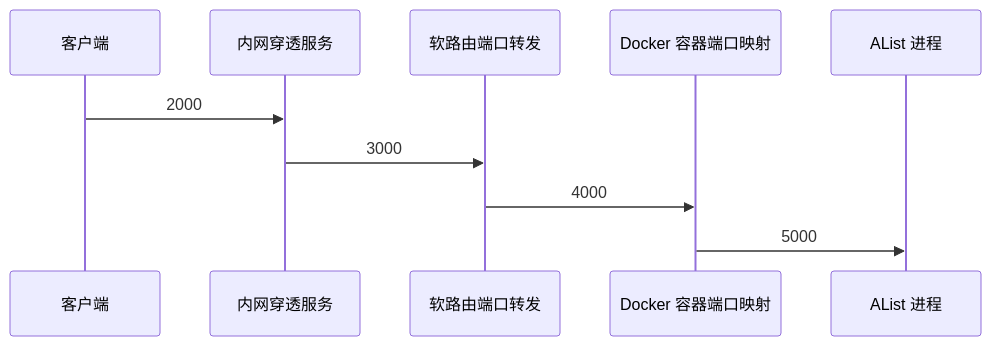
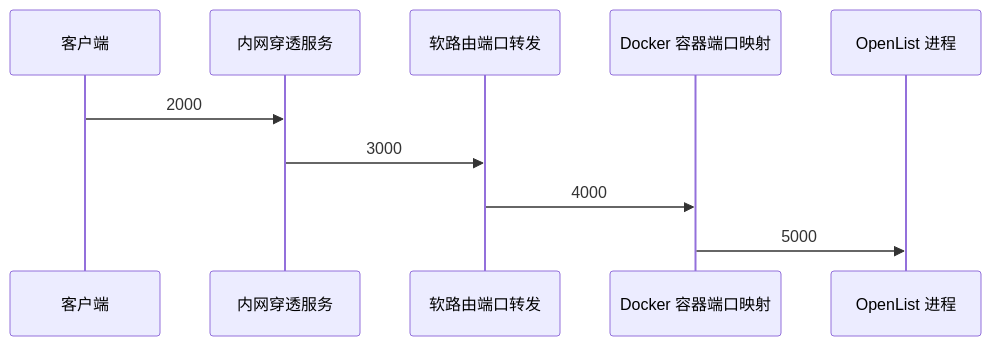
The fourth of 4 diagrams in docs/zh/guide/advanced/ftp.md (xyamzw/docs), drawn with Mermaid before and after one commit. The commit also changed other lines of this file and 113 other files, not shown here.

````diff
--- a/docs/zh/guide/advanced/ftp.md
+++ b/docs/zh/guide/advanced/ftp.md
@@ -135,13 +135,13 @@
   ```mermaid
   sequenceDiagram
       participant 客户端
       participant 内网穿透服务
       participant 软路由端口转发
       participant Docker 容器端口映射
-      participant AList 进程
+      participant OpenList 进程
       
       客户端->>内网穿透服务: 2000
       内网穿透服务->>软路由端口转发: 3000
       软路由端口转发->>Docker 容器端口映射: 4000
-      Docker 容器端口映射->>AList 进程: 5000
+      Docker 容器端口映射->>OpenList 进程: 5000
   ```
````
